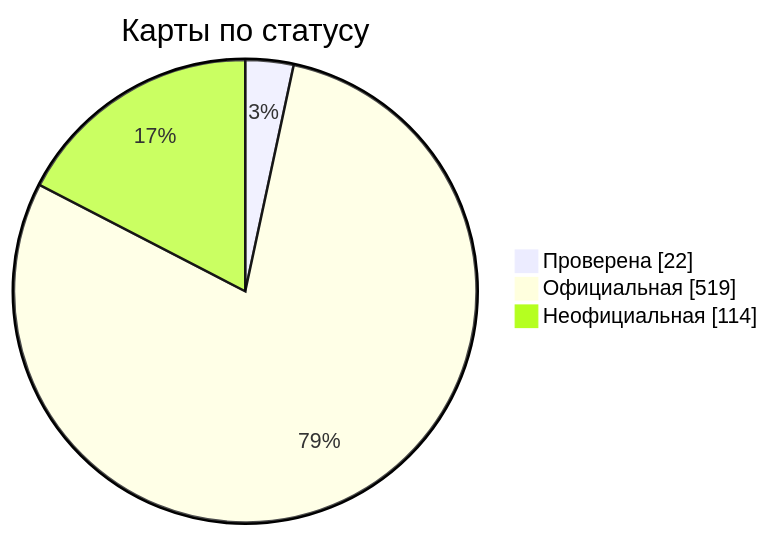
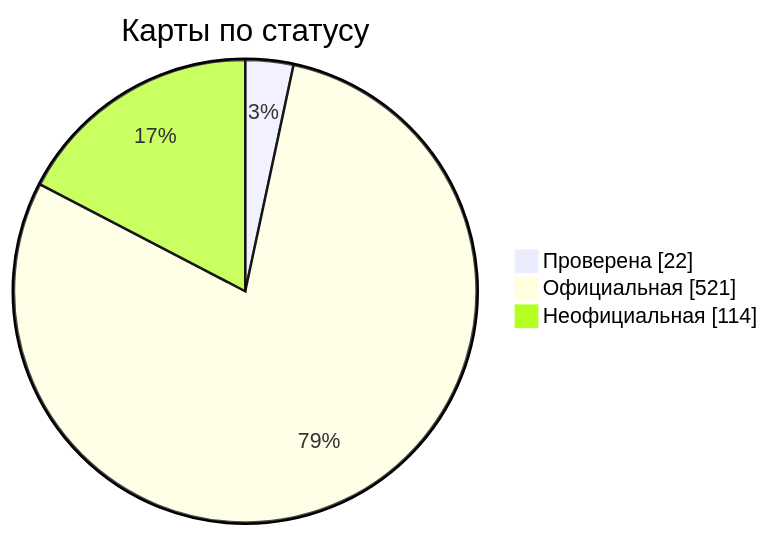
Before and after one commit to nobrega8/mbmap-library: the diagram in docs/readme/README_RU.md, drawn with Mermaid. The commit also changed 7 other files, not shown here.

````diff
--- a/docs/readme/README_RU.md
+++ b/docs/readme/README_RU.md
@@ -54,7 +54,7 @@
 ```mermaid
 pie showData
     title Карты по статусу
     "Проверена" : 22
-    "Официальная" : 519
+    "Официальная" : 521
     "Неофициальная" : 114
 ```
````
